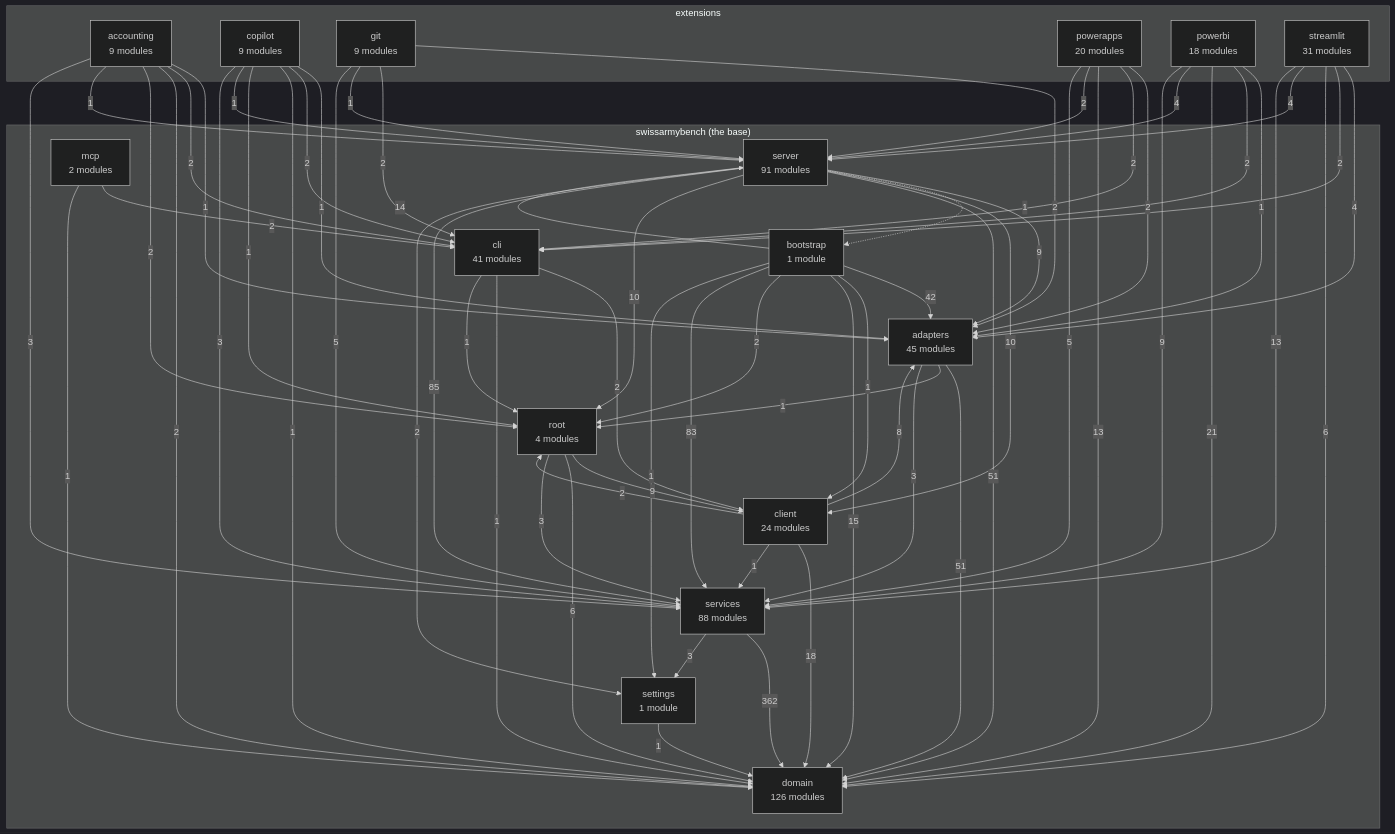
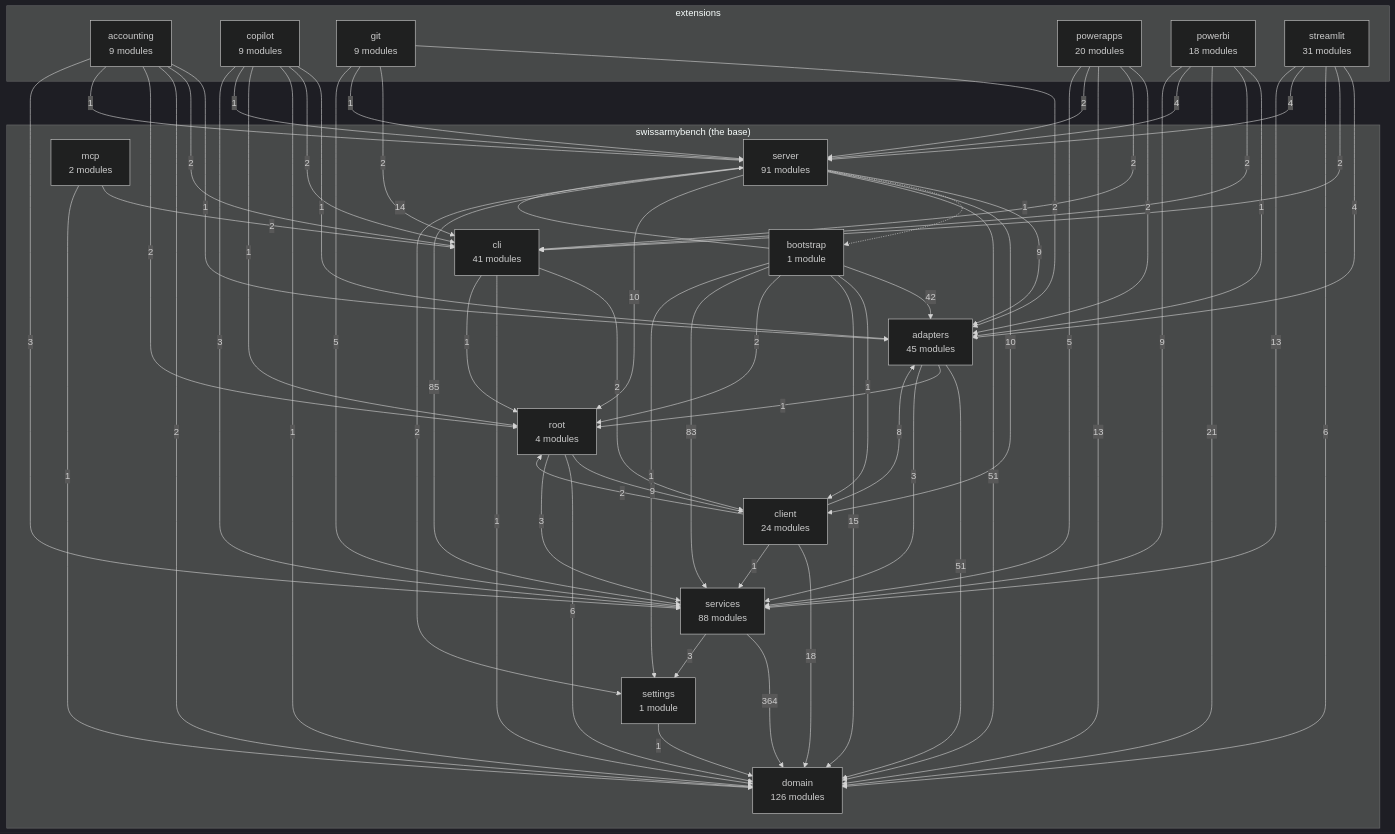
The diagram in docs/architecture-map.md (DylanCodyBrown/SwissArmyBench), drawn with Mermaid (dark theme) before and after one commit. The commit also changed 9 other files, not shown here.

````diff
--- a/docs/architecture-map.md
+++ b/docs/architecture-map.md
@@ -96,7 +96,7 @@
     server -->|10| root
     server -->|85| services
     server -->|2| settings
-    services -->|362| domain
+    services -->|364| domain
     services -->|3| settings
     settings -->|1| domain
 ```
````
